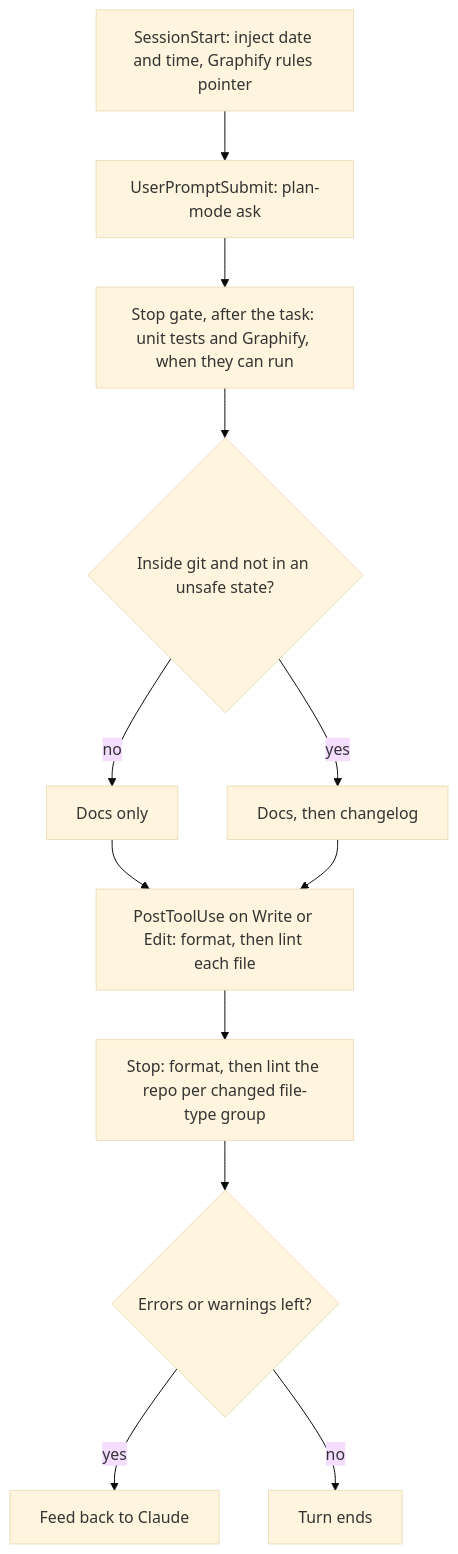
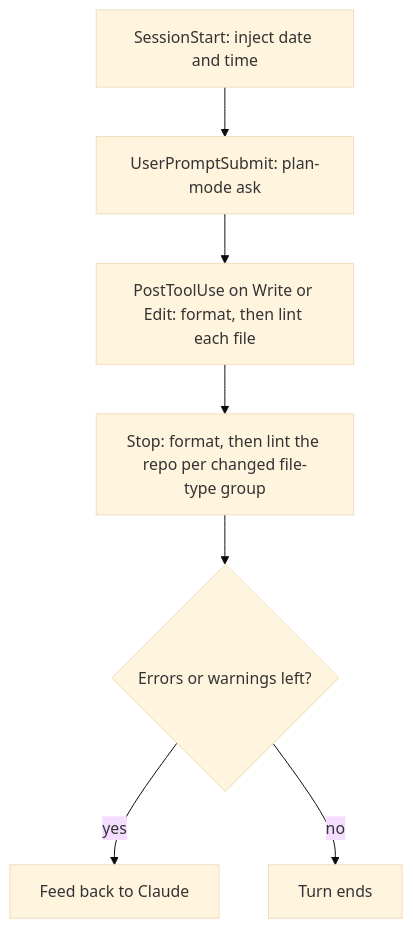
Before and after one commit to patrickquijano/claude-dev-kit: the diagram in README.md, drawn with Mermaid (base theme). The commit also changed other lines of this file and 3 other files, not shown here.

Commit message:
docs(hooks): document removed end-of-task steps and add 0.3.0 changelog

````diff
--- a/README.md
+++ b/README.md
@@ -130,14 +130,9 @@
 ```mermaid
 flowchart TD
-    A["SessionStart: inject date and time, Graphify rules pointer"] --> B["UserPromptSubmit: plan-mode ask"]
-    B --> E["Stop gate, after the task: unit tests and Graphify, when they can run"]
-    E --> P{"Inside git and not in an unsafe state?"}
-    P -- no --> Q["Docs only"]
-    P -- yes --> R["Docs, then changelog"]
-    Q --> K["PostToolUse on Write or Edit: format, then lint each file"]
-    R --> K
+    A["SessionStart: inject date and time"] --> B["UserPromptSubmit: plan-mode ask"]
+    B --> K["PostToolUse on Write or Edit: format, then lint each file"]
     K --> L["Stop: format, then lint the repo per changed file-type group"]
     L --> M{"Errors or warnings left?"}
     M -- yes --> N["Feed back to Claude"]
     M -- no --> O["Turn ends"]
 ```
````
